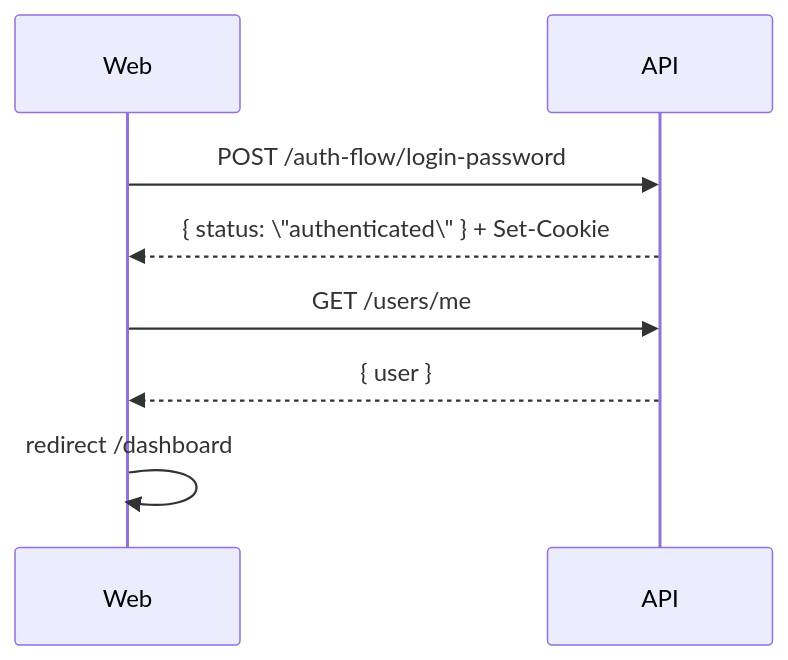
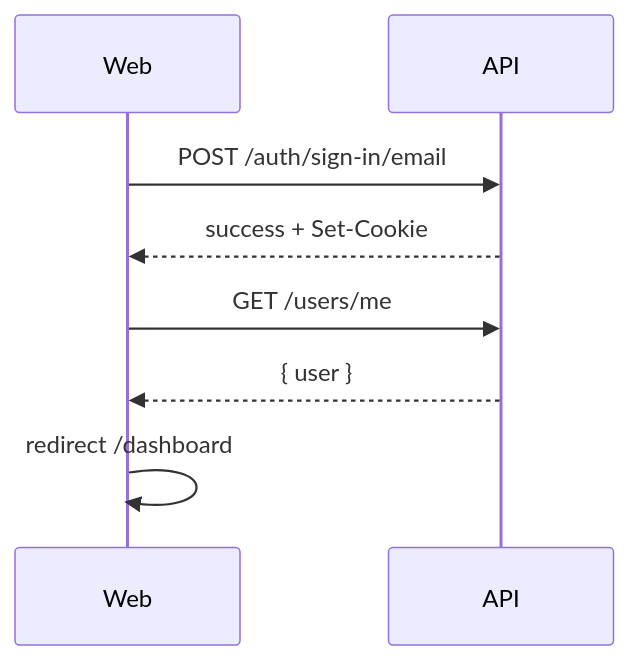
One commit to withbmo/bmo-stack changed the first of 2 diagrams in apps/web/src/shared/auth/README.md. Above: the diagram before and after it, drawn with Mermaid. The commit also changed other lines of this file and 229 other files, not shown here.

Commit message:
feat: migrate billing to stripe-first flow and redesign pricing page

````diff
--- a/apps/web/src/shared/auth/README.md
+++ b/apps/web/src/shared/auth/README.md
@@ -26,10 +28,10 @@
 ```mermaid
 sequenceDiagram
   participant Web
   participant API
-  Web->>API: POST /auth-flow/login-password
-  API-->>Web: { status: \"authenticated\" } + Set-Cookie
+  Web->>API: POST /auth/sign-in/email
+  API-->>Web: success + Set-Cookie
   Web->>API: GET /users/me
   API-->>Web: { user }
   Web->>Web: redirect /dashboard
 ```
````
